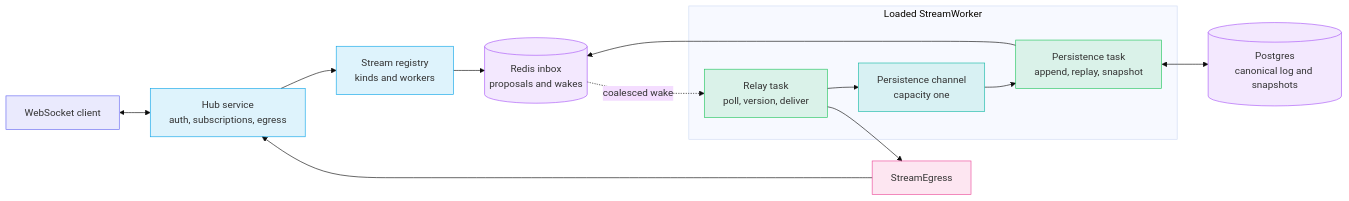
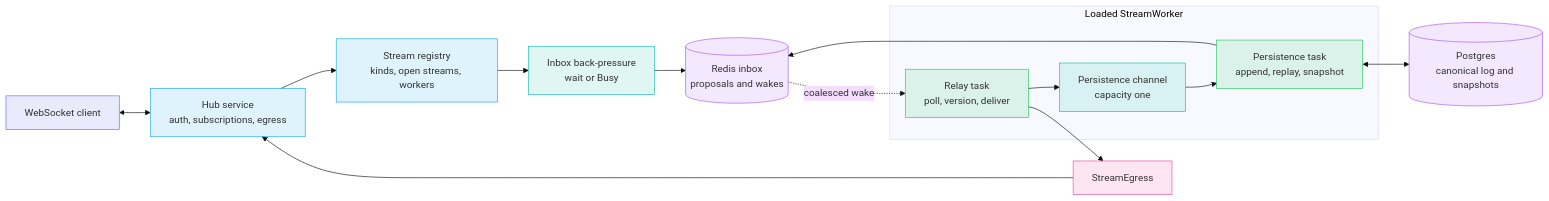
The first of 9 diagrams in docs/services/builder/hub.md (gzp79/shine-services), drawn with Mermaid (base theme) before and after one commit. The commit also changed other lines of this file and 14 other files, not shown here.

Commit message:
Cleanup stream registry

````diff
--- a/docs/services/builder/hub.md
+++ b/docs/services/builder/hub.md
@@ -19,32 +19,33 @@
 ```mermaid
 flowchart LR
     classDef indigo fill:#6366f122,stroke:#6366f1
     classDef teal fill:#14b8a622,stroke:#14b8a6
     classDef blue fill:#0ea5e922,stroke:#0ea5e9
     classDef green fill:#22c55e22,stroke:#22c55e
     classDef violet fill:#a855f722,stroke:#a855f7
     classDef pink fill:#ec489922,stroke:#ec4899
 
     Client["WebSocket client"]:::indigo
     Hub["Hub service<br/>auth, subscriptions, egress"]:::blue
-    Registry["Stream registry<br/>kinds and workers"]:::blue
+    Registry["Stream registry<br/>kinds, open streams, workers"]:::blue
+    Gate["Inbox back-pressure<br/>wait or Busy"]:::teal
     Inbox[("Redis inbox<br/>proposals and wakes")]:::violet
 
     subgraph Worker["Loaded StreamWorker"]
         Relay["Relay task<br/>poll, version, deliver"]:::green
         Queue["Persistence channel<br/>capacity one"]:::teal
         Durable["Persistence task<br/>append, replay, snapshot"]:::green
     end
 
     Log[("Postgres<br/>canonical log and snapshots")]:::violet
     Egress["StreamEgress"]:::pink
 
     Client <--> Hub
     Hub --> Registry
-    Registry --> Inbox
+    Registry --> Gate --> Inbox
     Inbox -. "coalesced wake" .-> Relay
     Relay --> Queue --> Durable
     Durable <--> Log
     Durable --> Inbox
     Relay --> Egress --> Hub
 ```
````
